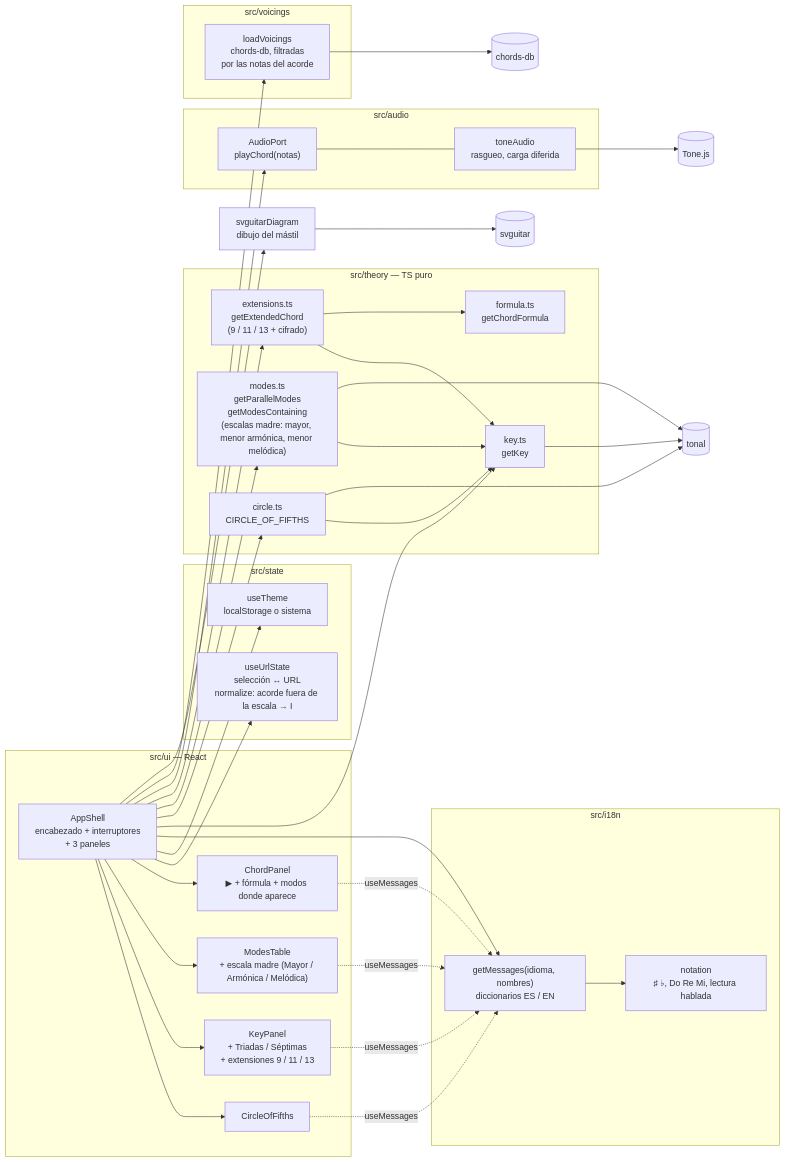
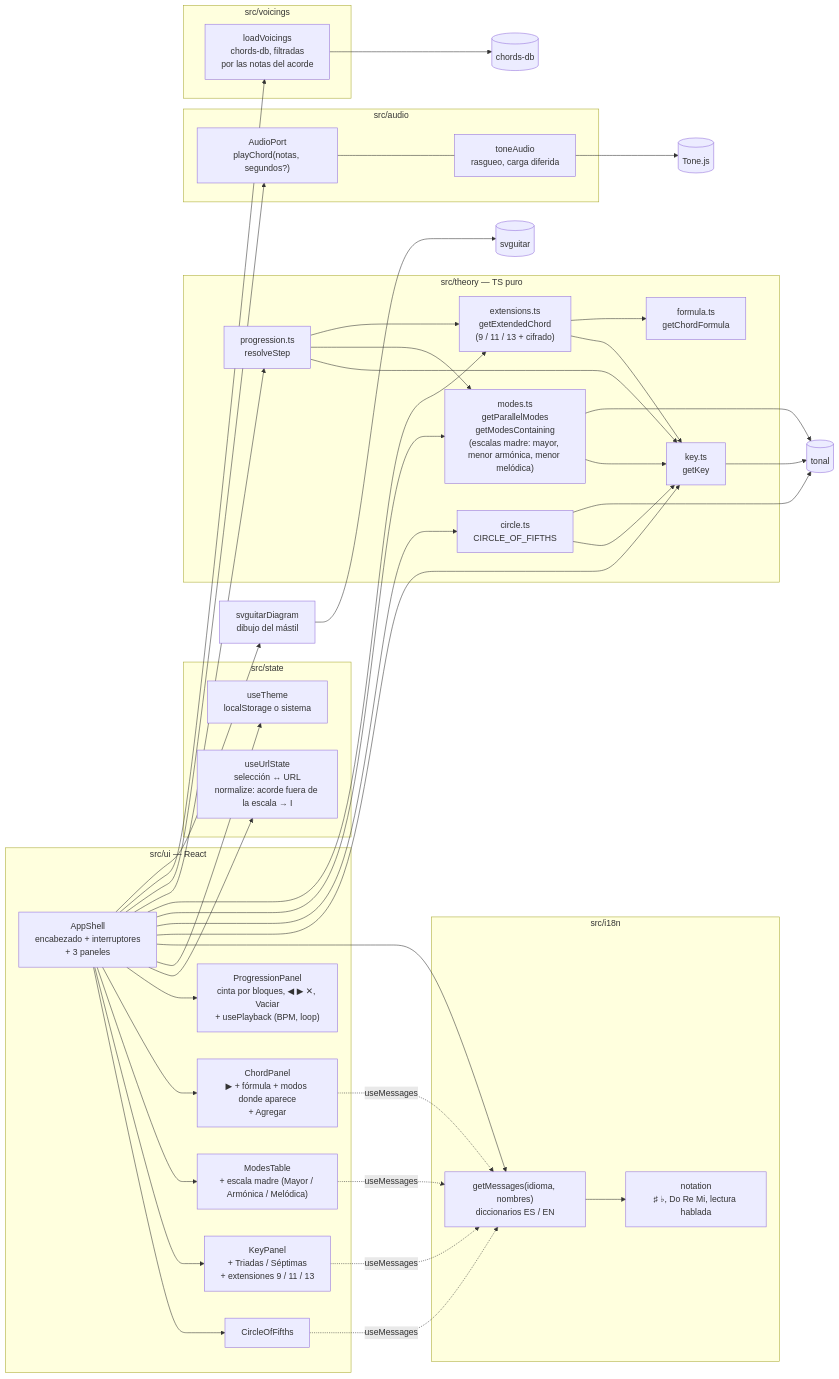
One commit to AndresPampa/cheetsheet-guitar changed the first of 2 diagrams in README.md. Above: the diagram before and after it, drawn with Mermaid. The commit also changed other lines of this file, not shown here.

````diff
--- a/README.md
+++ b/README.md
@@ -95,62 +100,65 @@
 ```mermaid
 flowchart LR
     subgraph ui["src/ui — React"]
         KE["AppShell<br/>encabezado + interruptores<br/>+ 3 paneles"]
         COF["CircleOfFifths"]
         KP["KeyPanel<br/>+ Triadas / Séptimas<br/>+ extensiones 9 / 11 / 13"]
         MT["ModesTable<br/>+ escala madre (Mayor / Armónica / Melódica)"]
-        CP["ChordPanel<br/>▶ + fórmula + modos donde aparece"]
-        KE --> COF & KP & MT & CP
+        CP["ChordPanel<br/>▶ + fórmula + modos donde aparece<br/>+ Agregar"]
+        PP["ProgressionPanel<br/>cinta por bloques, ◀ ▶ ✕, Vaciar<br/>+ usePlayback (BPM, loop)"]
+        KE --> COF & KP & MT & CP & PP
     end
 
     subgraph state["src/state"]
         URL["useUrlState<br/>selección ↔ URL<br/>normalize: acorde fuera de la escala → I"]
         THEME["useTheme<br/>localStorage o sistema"]
     end
 
     subgraph i18n["src/i18n"]
         MSG["getMessages(idioma, nombres)<br/>diccionarios ES / EN"]
         NOT["notation<br/>♯ ♭, Do Re Mi, lectura hablada"]
         MSG --> NOT
     end
 
     KE --> URL & THEME & MSG
     COF & KP & MT & CP -.->|useMessages| MSG
 
     subgraph theory["src/theory — TS puro"]
         KEY["key.ts<br/>getKey"]
         MOD["modes.ts<br/>getParallelModes<br/>getModesContaining<br/>(escalas madre: mayor, menor armónica, menor melódica)"]
         CIR["circle.ts<br/>CIRCLE_OF_FIFTHS"]
         EXT["extensions.ts<br/>getExtendedChord<br/>(9 / 11 / 13 + cifrado)"]
         FOR["formula.ts<br/>getChordFormula"]
+        PRG["progression.ts<br/>resolveStep"]
+        PRG --> KEY & MOD & EXT
         MOD --> KEY
         CIR --> KEY
         EXT --> KEY & FOR
     end
 
     subgraph audio["src/audio"]
-        PORT["AudioPort<br/>playChord(notas)"]
+        PORT["AudioPort<br/>playChord(notas, segundos?)"]
         TONEA["toneAudio<br/>rasgueo, carga diferida"]
         PORT --- TONEA
     end
 
     TONAL[("tonal")]
     TONEJS[("Tone.js")]
 
-    KE --> KEY & CIR & MOD & EXT
+    KE --> KEY & CIR & MOD & EXT & PRG
     KE --> PORT
     TONEA --> TONEJS
     KEY & MOD & CIR --> TONAL
 
     subgraph voicings["src/voicings"]
         LV["loadVoicings<br/>chords-db, filtradas<br/>por las notas del acorde"]
     end
 
     DRAW["svguitarDiagram<br/>dibujo del mástil"]
     CHORDSDB[("chords-db")]
     SVGUITAR[("svguitar")]
 
     KE --> LV & DRAW
     LV --> CHORDSDB
     DRAW --> SVGUITAR
 ```
````
